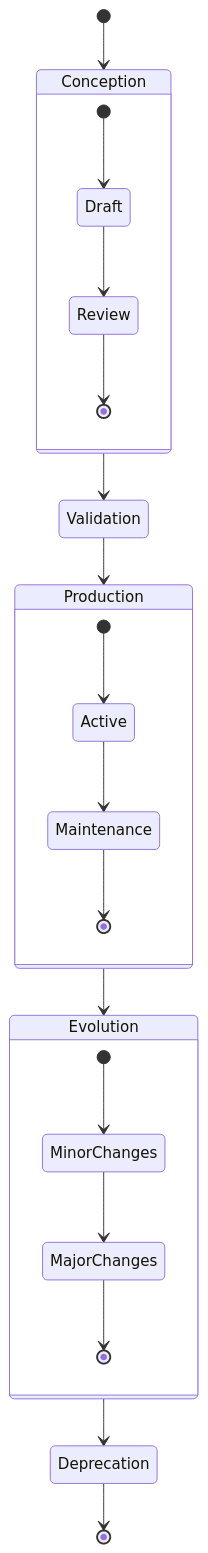
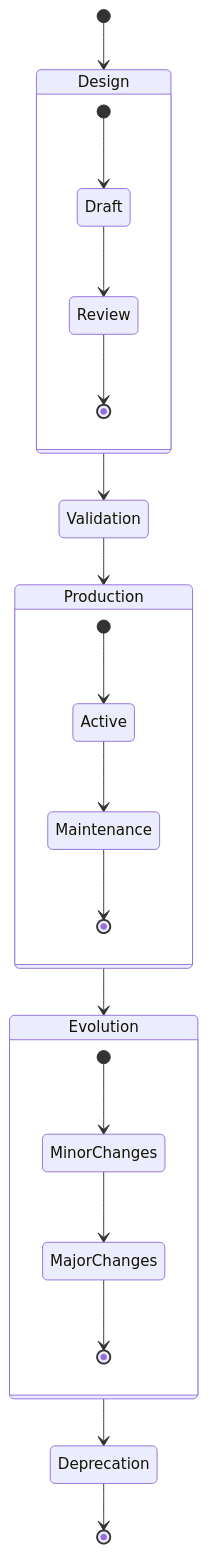
One commit to monmaya/pyb-data-contracts changed the first of 2 diagrams in docs/en/articles/06-lifecycle.md. Above: the diagram before and after it, drawn with Mermaid. The commit also changed other lines of this file and 10 other files, not shown here.

````diff
--- a/docs/en/articles/06-lifecycle.md
+++ b/docs/en/articles/06-lifecycle.md
@@ -9,27 +9,27 @@
 ```mermaid
 stateDiagram-v2
-    [*] --> Conception
-    Conception --> Validation
+    [*] --> Design
+    Design --> Validation
     Validation --> Production
     Production --> Evolution
     Evolution --> Deprecation
     Deprecation --> [*]
 
-    state Conception {
+    state Design {
         [*] --> Draft
         Draft --> Review
         Review --> [*]
     }
 
     state Production {
         [*] --> Active
         Active --> Maintenance
         Maintenance --> [*]
     }
 
     state Evolution {
         [*] --> MinorChanges
         MinorChanges --> MajorChanges
         MajorChanges --> [*]
     }
 ```
````
